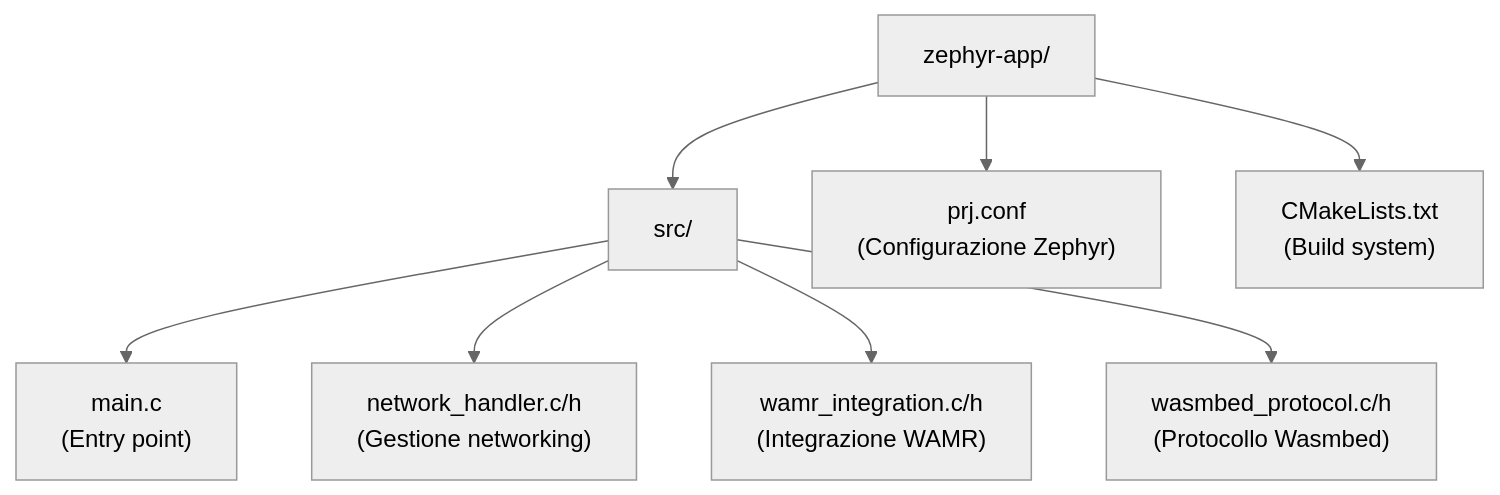
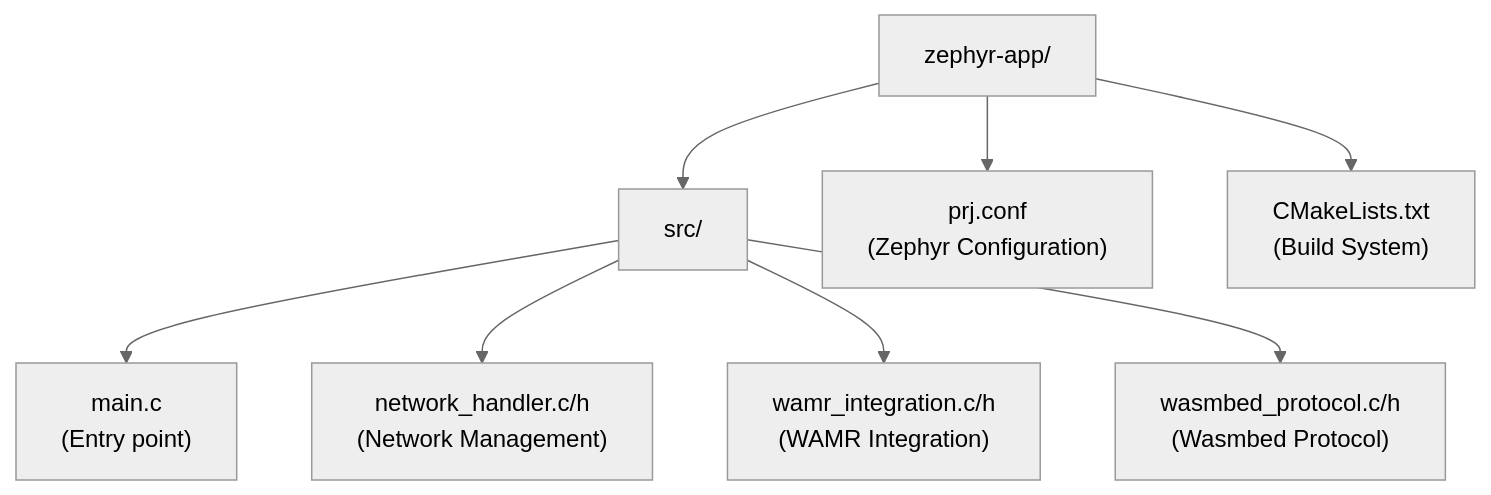
One commit to lucadagati/retrospect changed the diagram in doc/FIRMWARE.md. Above: the diagram before and after it, drawn with Mermaid (neutral theme). The commit also changed other lines of this file and 53 other files, not shown here.

````diff
--- a/doc/FIRMWARE.md
+++ b/doc/FIRMWARE.md
@@ -12,19 +12,19 @@
 ```mermaid
 graph TD
     Root["zephyr-app/"]
     Src["src/"]
     Main["main.c<br/>(Entry point)"]
-    NetworkH["network_handler.c/h<br/>(Gestione networking)"]
-    WAMRH["wamr_integration.c/h<br/>(Integrazione WAMR)"]
-    ProtocolH["wasmbed_protocol.c/h<br/>(Protocollo Wasmbed)"]
-    PrjConf["prj.conf<br/>(Configurazione Zephyr)"]
-    CMake["CMakeLists.txt<br/>(Build system)"]
+    NetworkH["network_handler.c/h<br/>(Network Management)"]
+    WAMRH["wamr_integration.c/h<br/>(WAMR Integration)"]
+    ProtocolH["wasmbed_protocol.c/h<br/>(Wasmbed Protocol)"]
+    PrjConf["prj.conf<br/>(Zephyr Configuration)"]
+    CMake["CMakeLists.txt<br/>(Build System)"]
     
     Root --> Src
     Root --> PrjConf
     Root --> CMake
     Src --> Main
     Src --> NetworkH
     Src --> WAMRH
     Src --> ProtocolH
 ```
````
